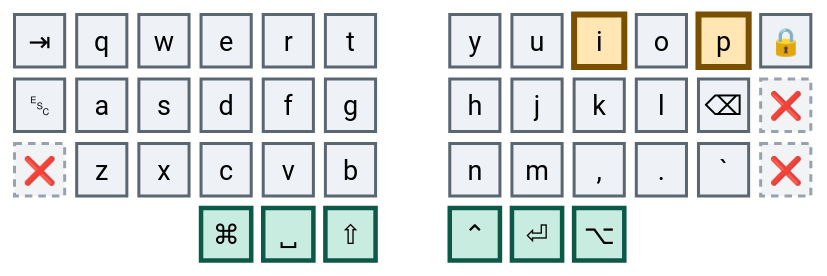
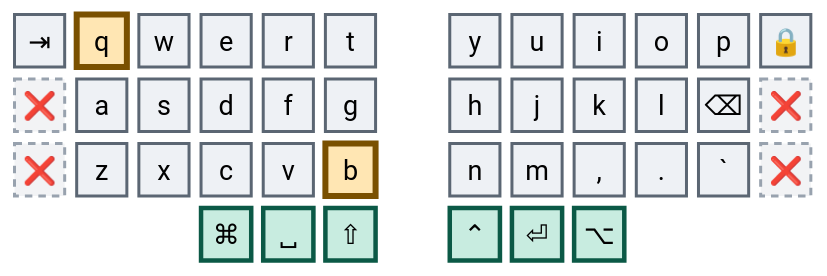
Diagram 13 of 41 in combos.md (abloch/zmk-corne), drawn with Mermaid before and after one commit. The commit also changed other lines of this file and 5 other files, not shown here.

````diff
--- a/combos.md
+++ b/combos.md
@@ -345,21 +343,21 @@
 ```mermaid
 %%{init: {'theme':'base','themeVariables':{'primaryColor':'#eef1f5','primaryTextColor':'#0b0f14','primaryBorderColor':'#5b6673','nodeTextColor':'#0b0f14','textColor':'#0b0f14','mainBkg':'#eef1f5','fontSize':'18px'}}}%%
 block
 columns 13
 
   tab["⇥"] q w e r t space y u i o p lock["🔒"]
-  esc["␛"] a s d f g space h j k l bspc["⌫"] x1["❌"]
+  x4["❌"] a s d f g space h j k l bspc["⌫"] x1["❌"]
   x2["❌"] z x c v b space n m cma[","] dot["."] grv[" `"] x3["❌"]
   space:3 cmd["⌘"] spc["␣"] sft["⇧"] space ctl["⌃"] ent["⏎"] alt["⌥"] space:3
 
   classDef anchor fill:#bfe6f0,stroke:#0a4f63,stroke-width:4px,color:#04222b
   classDef trig fill:#ffe6b3,stroke:#7a5000,stroke-width:4px,color:#2e1e00
   classDef core fill:#eef1f5,stroke:#5b6673,stroke-width:2px,color:#0b0f14
   classDef thumb fill:#c8ece0,stroke:#0b5946,stroke-width:3px,color:#06241c
   classDef dead fill:#f2f3f5,stroke:#98a2ae,stroke-width:2px,stroke-dasharray:5 4,color:#5b6673
 
-  class i,p trig
-  class tab,q,w,e,r,t,y,u,o,lock,esc,a,s,d,f,g,h,j,k,l,bspc,z,x,c,v,b,n,m,cma,dot,grv core
+  class q,b trig
+  class tab,w,e,r,t,y,u,i,o,p,lock,a,s,d,f,g,h,j,k,l,bspc,z,x,c,v,n,m,cma,dot,grv core
   class cmd,spc,sft,ctl,ent,alt thumb
-  class x1,x2,x3 dead
+  class x1,x2,x3,x4 dead
 ```
````
